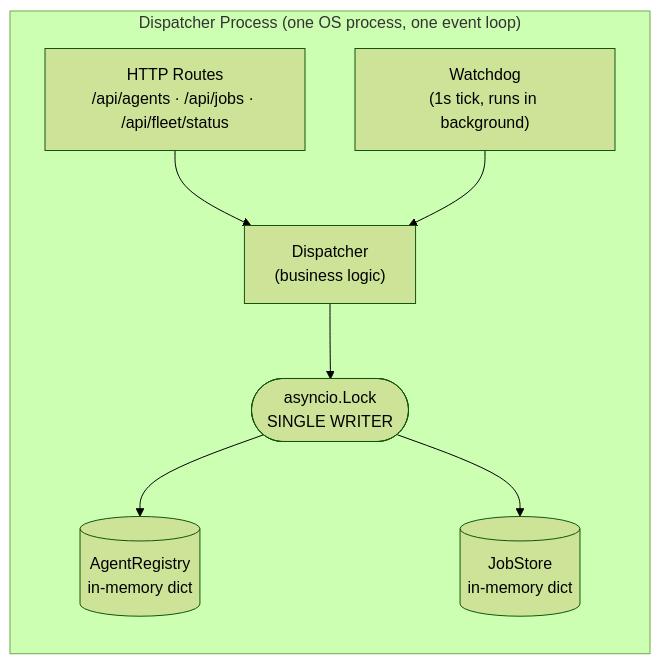
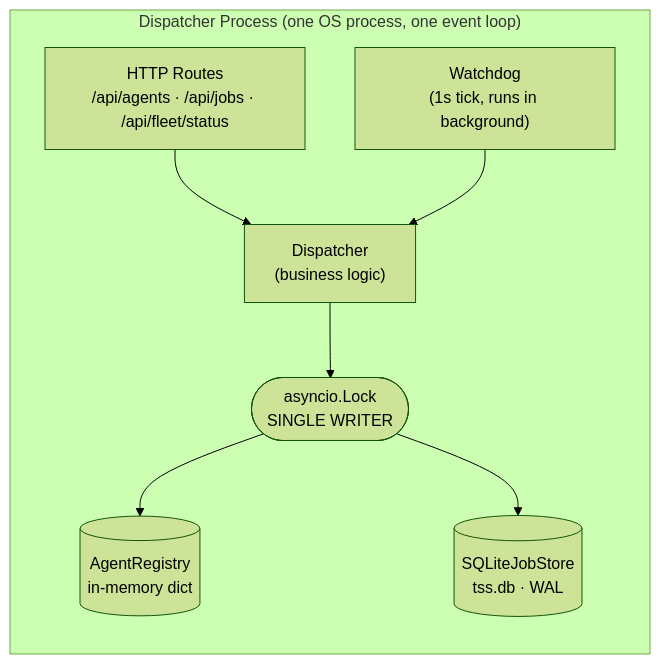
One commit to jhorne12345/samsara-tss changed the second of 6 diagrams in docs/architecture.md. Above: the diagram before and after it, drawn with Mermaid (forest theme). The commit also changed other lines of this file and 3 other files, not shown here.

````diff
--- a/docs/architecture.md
+++ b/docs/architecture.md
@@ -67,18 +67,18 @@
 ```mermaid
 flowchart TB
     subgraph Process["Dispatcher Process (one OS process, one event loop)"]
         direction TB
         Routes["HTTP Routes<br/>/api/agents · /api/jobs · /api/fleet/status"]
         Disp["Dispatcher<br/>(business logic)"]
         Lock(["asyncio.Lock<br/>SINGLE WRITER"])
         Reg[("AgentRegistry<br/>in-memory dict")]
-        Store[("JobStore<br/>in-memory dict")]
+        Store[("SQLiteJobStore<br/>tss.db · WAL")]
         WD["Watchdog<br/>(1s tick, runs in background)"]
 
         Routes --> Disp
         WD --> Disp
         Disp --> Lock
         Lock --> Reg
         Lock --> Store
     end
 ```
````
